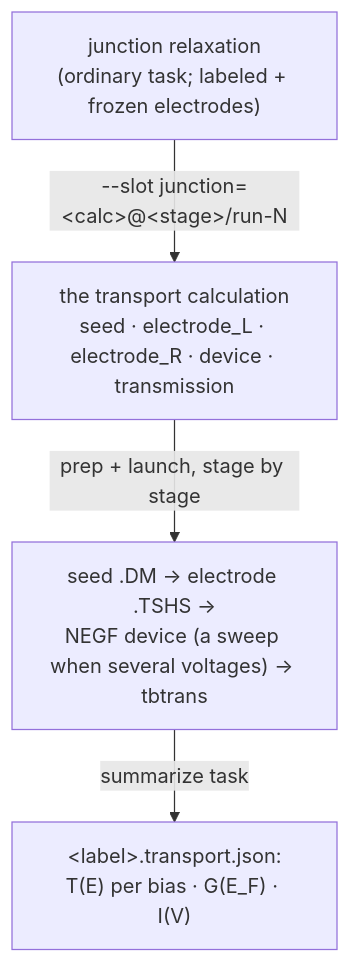
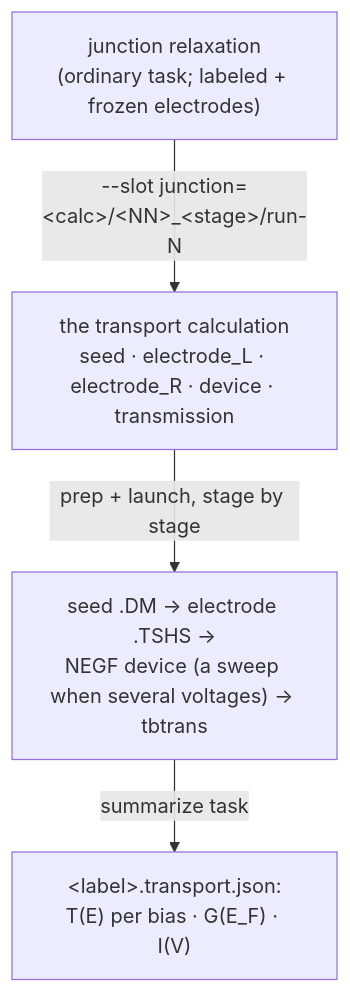
One commit to Qing-LAB/molbuilder changed the fifth of 13 diagrams in docs/engines/transport.md. Above: the diagram before and after it, drawn with Mermaid. The commit also changed other lines of this file and 23 other files, not shown here.

````diff
--- a/docs/engines/transport.md
+++ b/docs/engines/transport.md
@@ -353,7 +354,7 @@
 ```mermaid
 flowchart TD
     RX["junction relaxation<br/>(ordinary task; labeled + frozen electrodes)"]
-    RX -->|"--slot junction=&lt;calc&gt;@&lt;stage&gt;/run-N"| CT["the transport calculation<br/>seed · electrode_L · electrode_R · device · transmission"]
+    RX -->|"--slot junction=&lt;calc&gt;/&lt;NN&gt;_&lt;stage&gt;/run-N"| CT["the transport calculation<br/>seed · electrode_L · electrode_R · device · transmission"]
     CT -->|"prep + launch, stage by stage"| RUN["seed .DM → electrode .TSHS →<br/>NEGF device (a sweep when several voltages) → tbtrans"]
     RUN -->|"summarize task"| RES["&lt;label&gt;.transport.json:<br/>T(E) per bias · G(E_F) · I(V)"]
 ```
````
